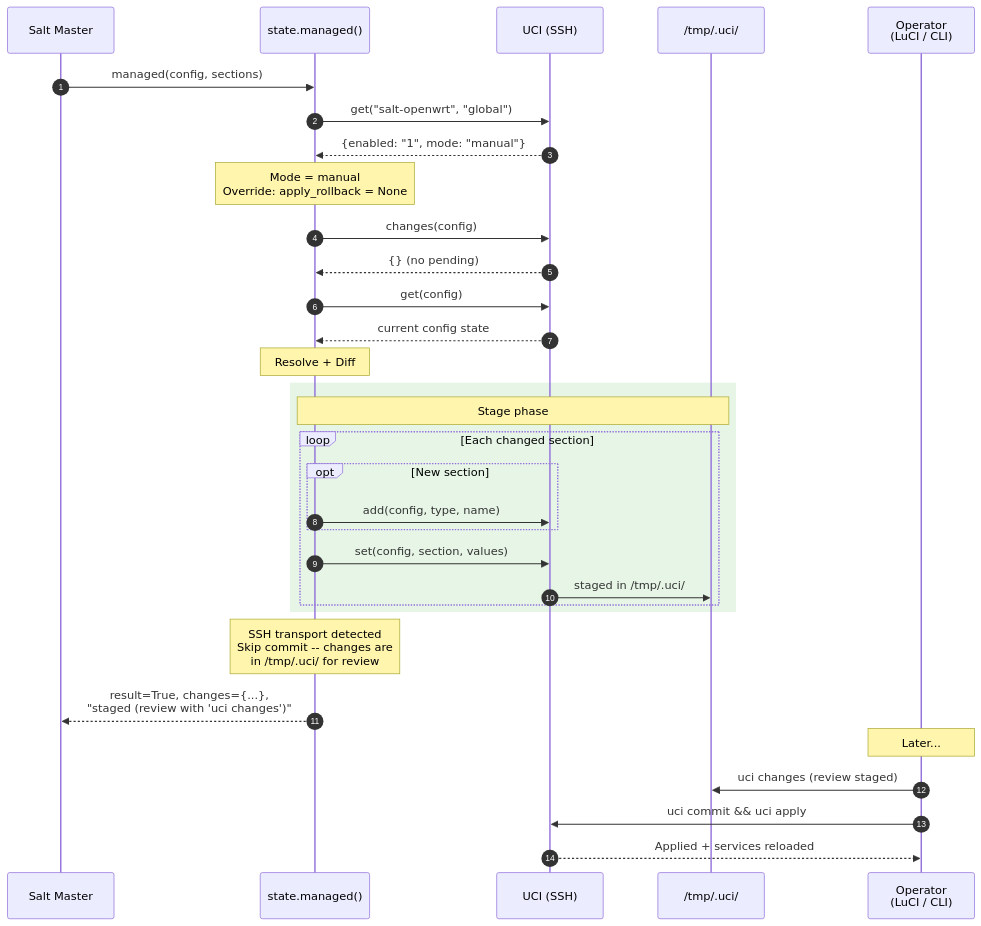
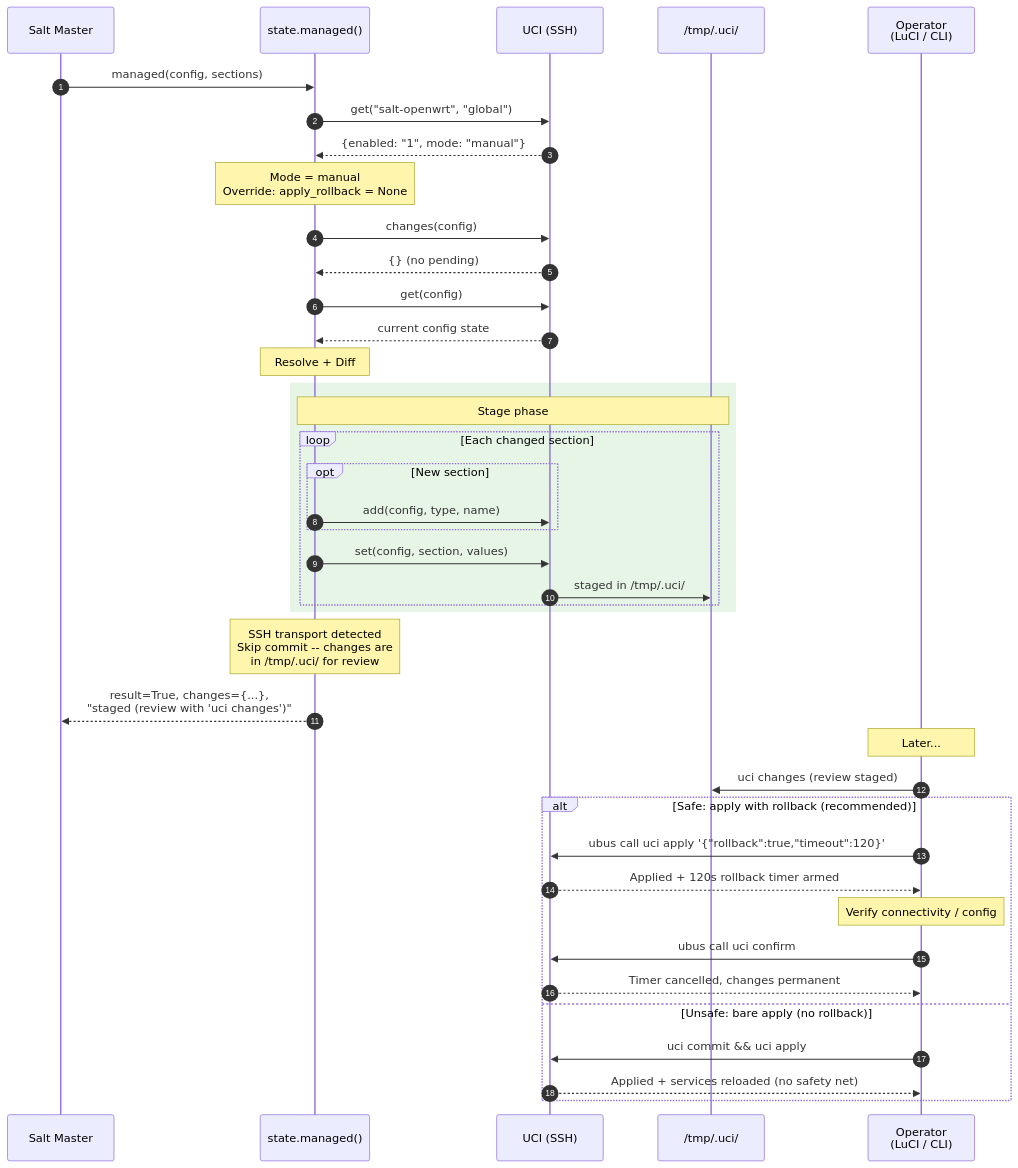
One commit to cprima-homelab/saltext-openwrt-ubus changed the third of 7 diagrams in docs/topics/managed-flow.md. Above: the diagram before and after it, drawn with Mermaid. The commit also changed other lines of this file and 5 other files, not shown here.

First line of the commit message:
Add applied() state for confirmed-commit after staged review

````diff
--- a/docs/topics/managed-flow.md
+++ b/docs/topics/managed-flow.md
@@ -137,43 +146,52 @@
 ```{mermaid}
 sequenceDiagram
     autonumber
     participant Master as Salt Master
     participant State as state.managed()
     participant UCI as UCI (SSH)
     participant Device as /tmp/.uci/
     participant Human as Operator<br/>(LuCI / CLI)
 
     Master->>State: managed(config, sections)
     State->>UCI: get("salt-openwrt", "global")
     UCI-->>State: {enabled: "1", mode: "manual"}
 
     Note over State: Mode = manual<br/>Override: apply_rollback = None
 
     State->>UCI: changes(config)
     UCI-->>State: {} (no pending)
 
     State->>UCI: get(config)
     UCI-->>State: current config state
 
     Note over State: Resolve + Diff
 
     rect rgb(230, 245, 230)
         Note over State,Device: Stage phase
         loop Each changed section
             opt New section
                 State->>UCI: add(config, type, name)
             end
             State->>UCI: set(config, section, values)
             UCI->>Device: staged in /tmp/.uci/
         end
     end
 
     Note over State: SSH transport detected<br/>Skip commit -- changes are<br/>in /tmp/.uci/ for review
 
     State-->>Master: result=True, changes={...},<br/>"staged (review with 'uci changes')"
 
     Note over Human: Later...
     Human->>Device: uci changes (review staged)
-    Human->>UCI: uci commit && uci apply
-    UCI-->>Human: Applied + services reloaded
+
+    alt Safe: apply with rollback (recommended)
+        Human->>UCI: ubus call uci apply '{"rollback":true,"timeout":120}'
+        UCI-->>Human: Applied + 120s rollback timer armed
+        Note over Human: Verify connectivity / config
+        Human->>UCI: ubus call uci confirm
+        UCI-->>Human: Timer cancelled, changes permanent
+    else Unsafe: bare apply (no rollback)
+        Human->>UCI: uci commit && uci apply
+        UCI-->>Human: Applied + services reloaded (no safety net)
+    end
 ```
````
